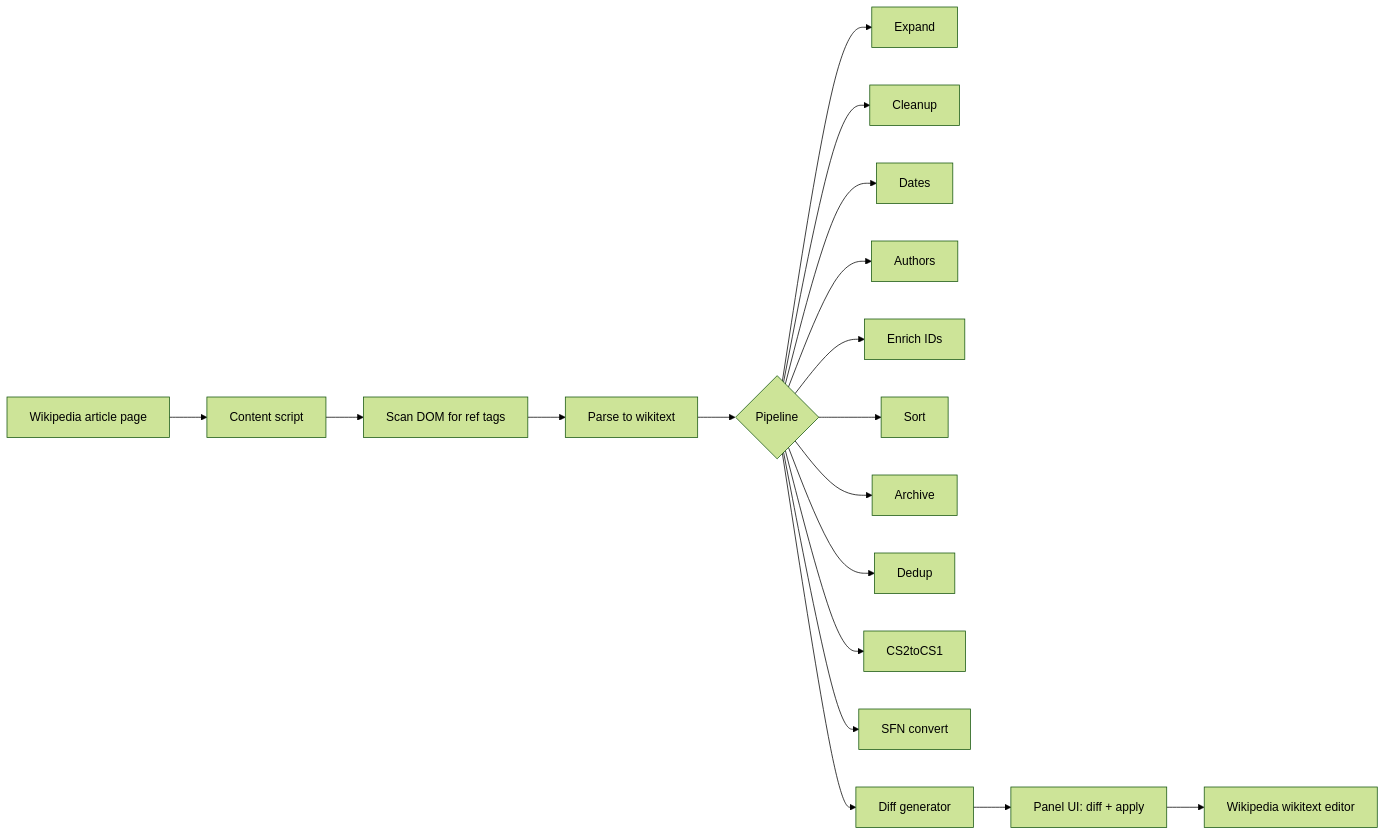
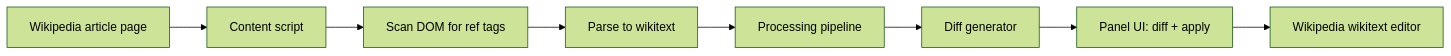
Before and after one commit to Wolren/WikiCitationExtension: the first of 2 diagrams in README.md, drawn with Mermaid (forest theme). The commit also changed other lines of this file and 16 other files, not shown here.

````diff
--- a/README.md
+++ b/README.md
@@ -23,20 +28,10 @@
 ```mermaid
 graph LR
     WP[Wikipedia article page] --> CS[Content script]
     CS --> SCAN[Scan DOM for ref tags]
     SCAN --> WIKI[Parse to wikitext]
-    WIKI --> PIPE{Pipeline}
-    PIPE --> EXP[Expand]
-    PIPE --> CLN[Cleanup]
-    PIPE --> DTE[Dates]
-    PIPE --> ATH[Authors]
-    PIPE --> ENR[Enrich IDs]
-    PIPE --> SRT[Sort]
-    PIPE --> ARC[Archive]
-    PIPE --> DED[Dedup]
-    PIPE --> CS2[CS2toCS1]
-    PIPE --> SFN[SFN convert]
+    WIKI --> PIPE[Processing pipeline]
     PIPE --> DIFF[Diff generator]
     DIFF --> UI[Panel UI: diff + apply]
     UI --> EDITOR[Wikipedia wikitext editor]
 ```
````
